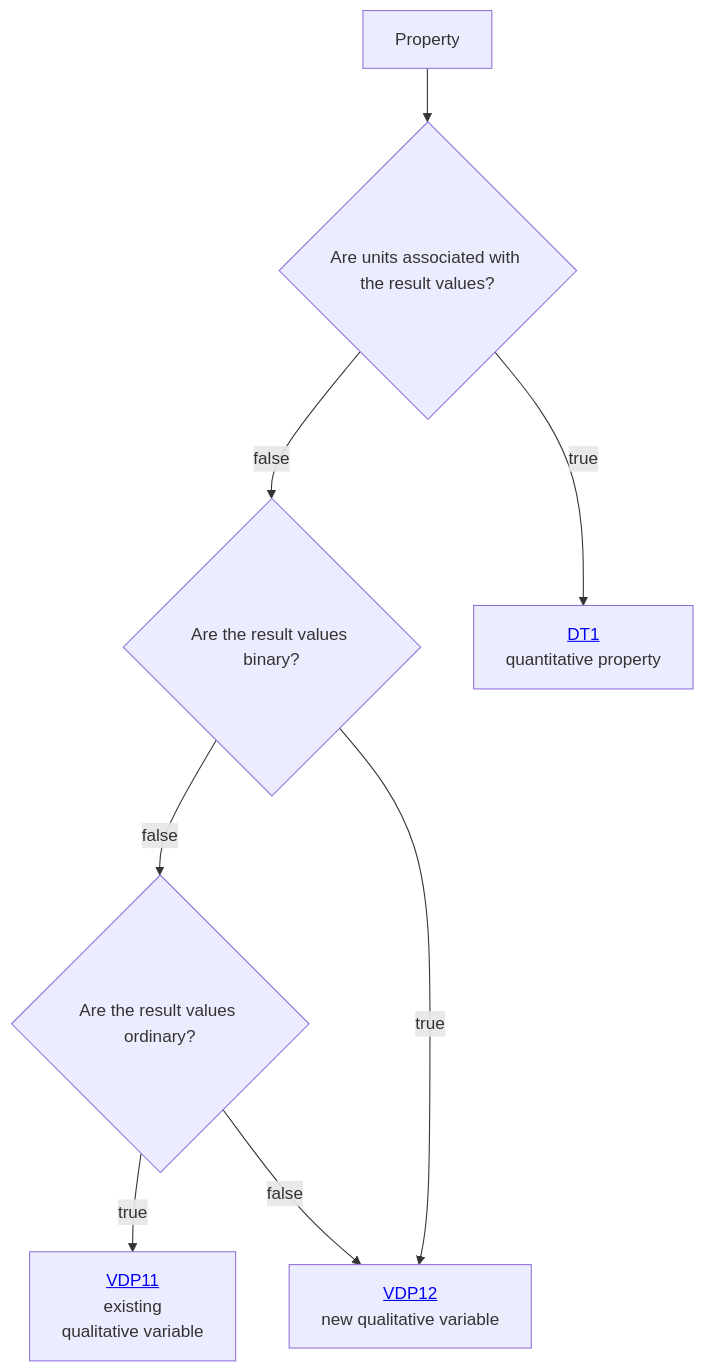
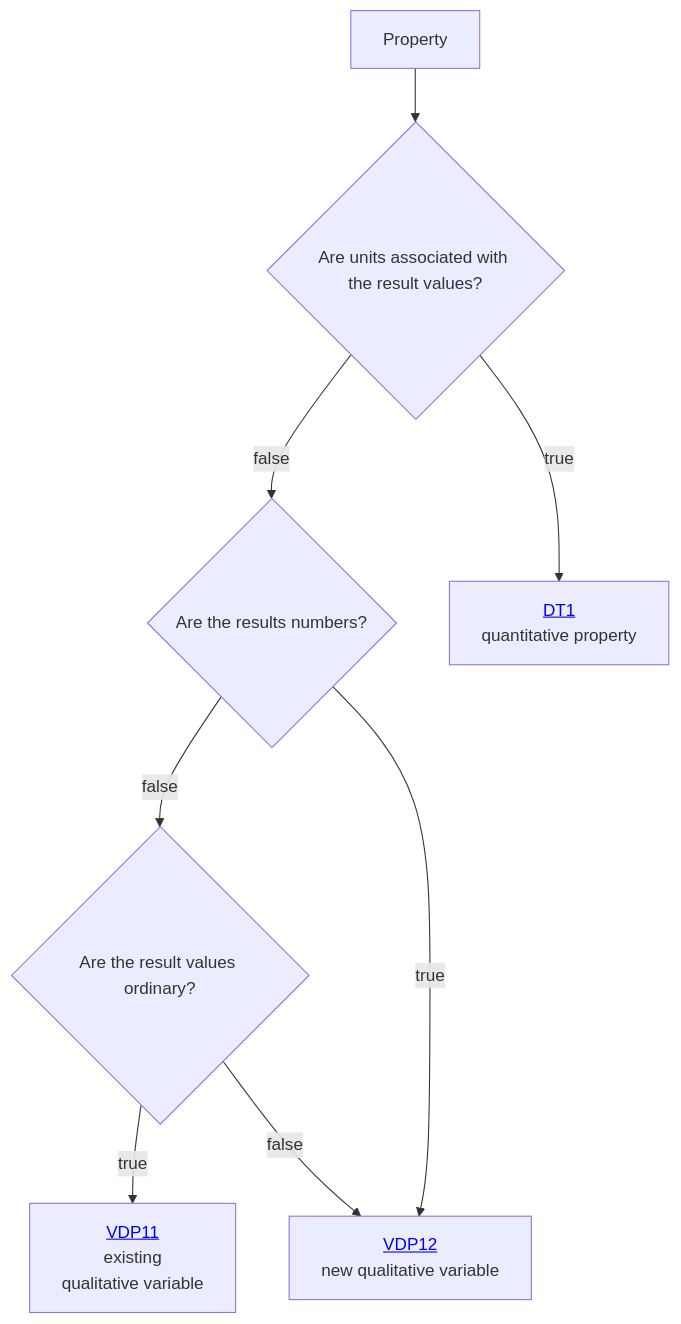
Before and after one commit to mabablue/I-ADOPT-patterns-playground: the diagram in Decisition_trees/DT0.mmd, drawn with Mermaid.

Commit message:
Update decision tree logic for result values

```diff
--- a/Decisition_trees/DT0.mmd
+++ b/Decisition_trees/DT0.mmd
@@ -1,8 +1,8 @@
 flowchart TD
     A[Property] --> B{Are units associated with the result values?}
-    B --> |false|C{Are the result values binary?}
+    B --> |false|C{Are the results numbers?}
     B --> |true|D[<a href='https://github.com/mabablue/I-ADOPT-patterns-playground/blob/main/Decisition_trees/DT1.mmd'>DT1</a><br> quantitative property] 
     C --> |false|E{Are the result values ordinary?}
     C --> |true|H[<a href='https://github.com/mabablue/I-ADOPT-patterns-playground/blob/main/pattern/VDP12.yaml'>VDP12</a><br> new qualitative variable] 
     E --> |true|F[<a href='https://github.com/mabablue/I-ADOPT-patterns-playground/blob/main/pattern/VDP11.yaml'>VDP11</a><br> existing <br> qualitative variable] 
     E --> |false|H
```
